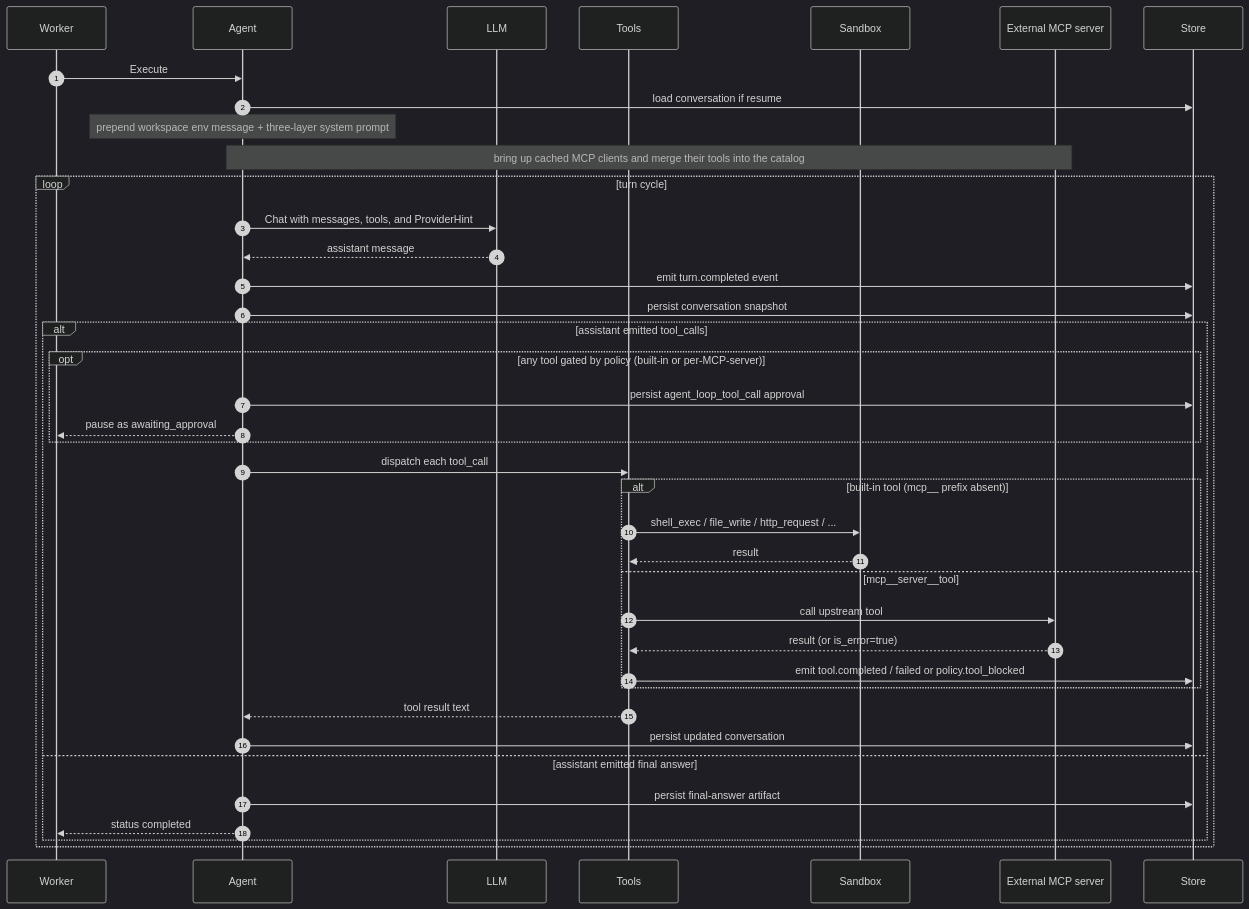
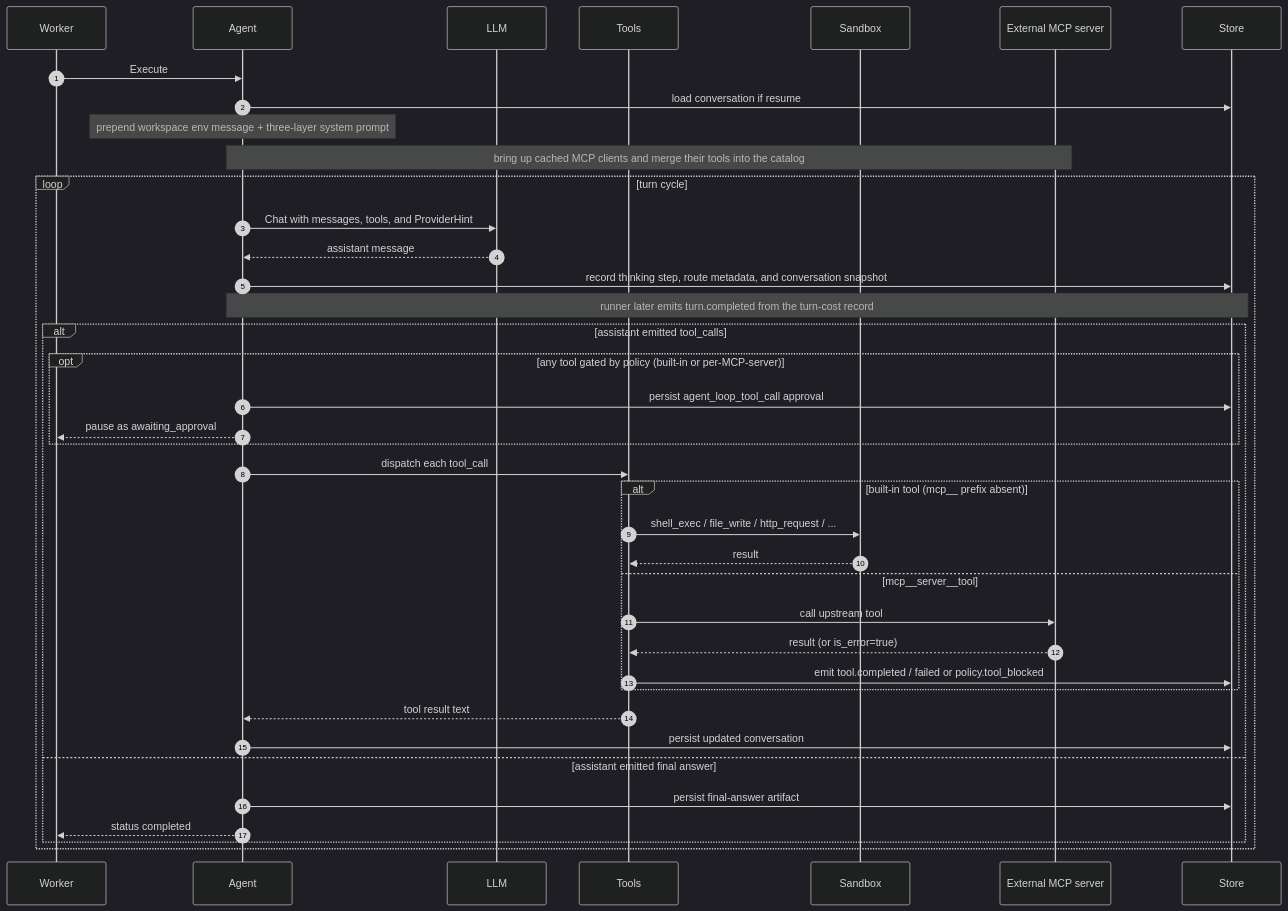
The third of 3 diagrams in docs/architecture.md (hecatehq/hecate), drawn with Mermaid (dark theme) before and after one commit. The commit also changed other lines of this file and 13 other files, not shown here.

````diff
--- a/docs/architecture.md
+++ b/docs/architecture.md
@@ -139,41 +139,41 @@
 ```mermaid
 sequenceDiagram
     autonumber
     participant Worker
     participant Agent
     participant LLM
     participant Tools
     participant Sandbox
     participant MCP as External MCP server
     participant Store
     Worker->>Agent: Execute
     Agent->>Store: load conversation if resume
     Note over Agent: prepend workspace env message + three-layer system prompt
     Note over Agent,MCP: bring up cached MCP clients and merge their tools into the catalog
     loop turn cycle
         Agent->>LLM: Chat with messages, tools, and ProviderHint
         LLM-->>Agent: assistant message
-        Agent->>Store: emit turn.completed event
-        Agent->>Store: persist conversation snapshot
+        Agent->>Store: record thinking step, route metadata, and conversation snapshot
+        Note over Agent,Store: runner later emits turn.completed from the turn-cost record
         alt assistant emitted tool_calls
             opt any tool gated by policy (built-in or per-MCP-server)
                 Agent->>Store: persist agent_loop_tool_call approval
                 Agent-->>Worker: pause as awaiting_approval
             end
             Agent->>Tools: dispatch each tool_call
             alt built-in tool (mcp__ prefix absent)
                 Tools->>Sandbox: shell_exec / file_write / http_request / ...
                 Sandbox-->>Tools: result
             else mcp__server__tool
                 Tools->>MCP: call upstream tool
                 MCP-->>Tools: result (or is_error=true)
                 Tools->>Store: emit tool.completed / failed or policy.tool_blocked
             end
             Tools-->>Agent: tool result text
             Agent->>Store: persist updated conversation
         else assistant emitted final answer
             Agent->>Store: persist final-answer artifact
             Agent-->>Worker: status completed
         end
     end
 ```
````
